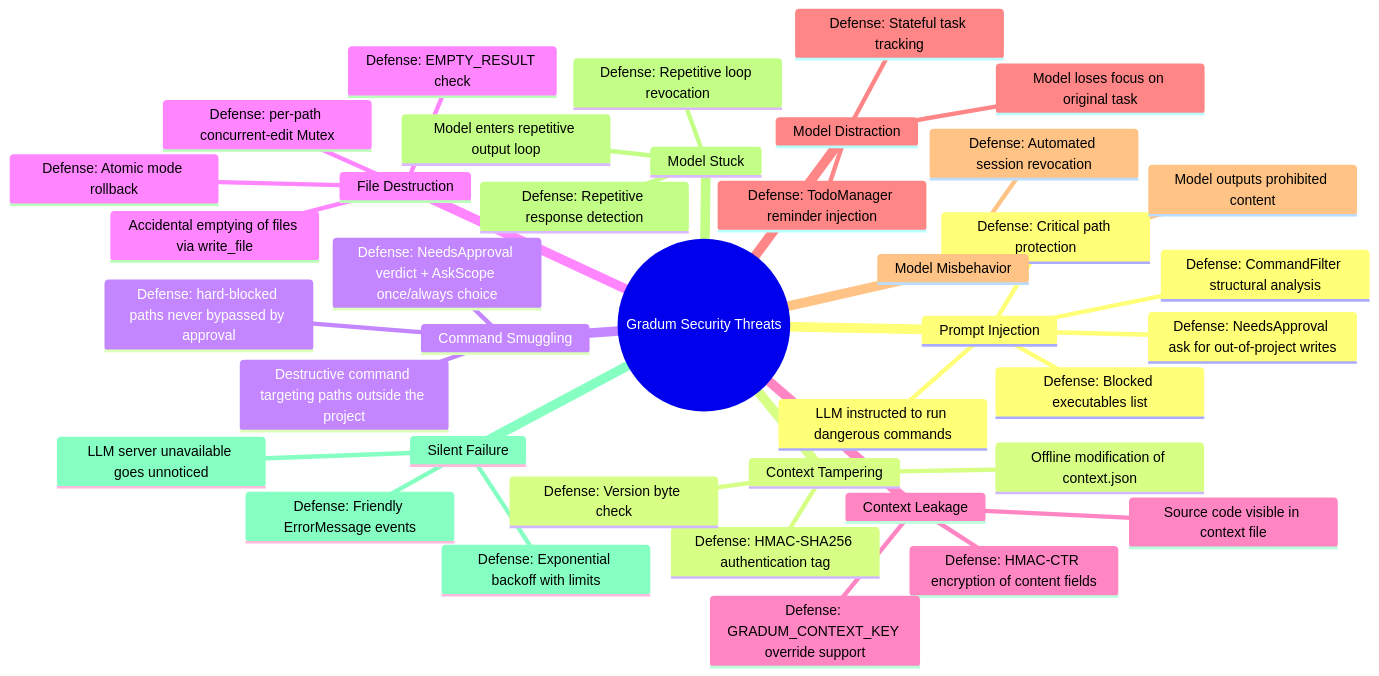
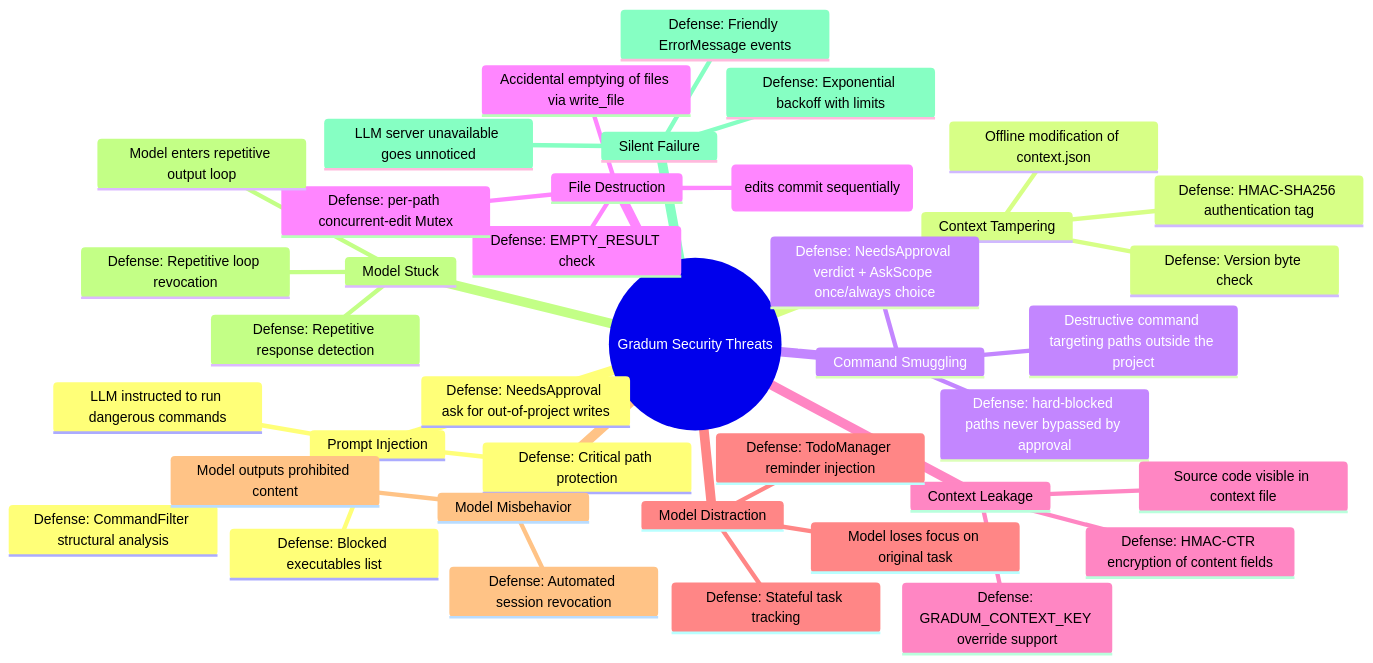
One commit to lg841226/Gradum changed diagram 25 of 31 in docs/ARCHITECTURE.md. Above: the diagram before and after it, drawn with Mermaid. The commit also changed other lines of this file and 1 other file, not shown here.

First line of the commit message:
docs: rewrite README and restructure ARCHITECTURE

````diff
--- a/docs/ARCHITECTURE.md
+++ b/docs/ARCHITECTURE.md
@@ -1546,42 +1714,42 @@
 ```mermaid
 mindmap
   root((Gradum Security Threats))
     Prompt Injection
       LLM instructed to run dangerous commands
       Defense: CommandFilter structural analysis
       Defense: Blocked executables list
       Defense: Critical path protection
       Defense: NeedsApproval ask for out-of-project writes
     Context Tampering
       Offline modification of context.json
       Defense: HMAC-SHA256 authentication tag
       Defense: Version byte check
     Command Smuggling
       Destructive command targeting paths outside the project
       Defense: NeedsApproval verdict + AskScope once/always choice
       Defense: hard-blocked paths never bypassed by approval
     File Destruction
       Accidental emptying of files via write_file
       Defense: EMPTY_RESULT check
-      Defense: Atomic mode rollback
+      Defense: appliedCount reporting (edits commit sequentially)
       Defense: per-path concurrent-edit Mutex
     Context Leakage
       Source code visible in context file
       Defense: HMAC-CTR encryption of content fields
       Defense: GRADUM_CONTEXT_KEY override support
     Model Distraction
       Model loses focus on original task
       Defense: TodoManager reminder injection
       Defense: Stateful task tracking
     Model Misbehavior
       Model outputs prohibited content
       Defense: Automated session revocation
     Model Stuck
       Model enters repetitive output loop
       Defense: Repetitive response detection
       Defense: Repetitive loop revocation
     Silent Failure
       LLM server unavailable goes unnoticed
       Defense: Exponential backoff with limits
       Defense: Friendly ErrorMessage events
 ```
````
